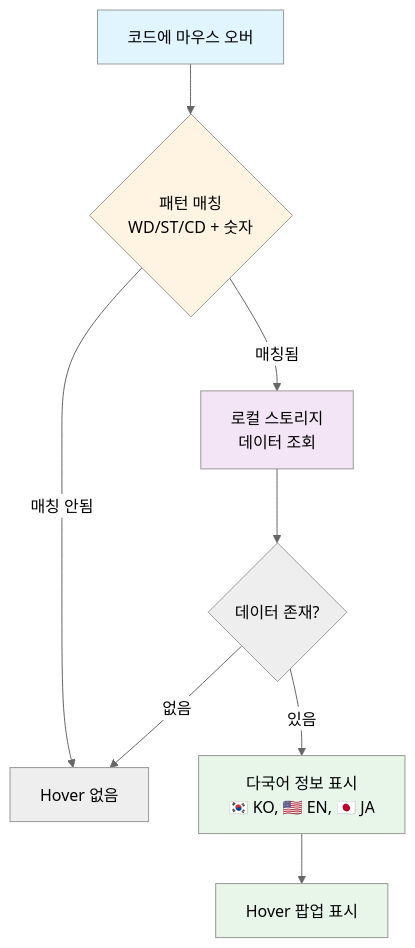
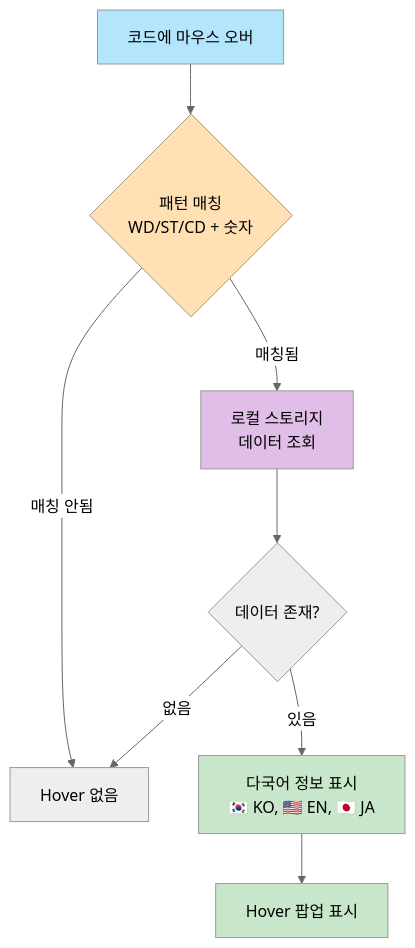
Before and after one commit to jinyDuo/sheet-global-hover-helper: the fourth of 6 diagrams in README.ko.md, drawn with Mermaid (neutral theme). The commit also changed other lines of this file and 2 other files, not shown here.

Commit message:
feat: 플로우 차트 색상 조정

````diff
--- a/README.ko.md
+++ b/README.ko.md
@@ -146,18 +146,18 @@
 ```mermaid
 flowchart TD
     A[코드에 마우스 오버] --> B{패턴 매칭<br/>WD/ST/CD + 숫자}
     B -->|매칭됨| C[로컬 스토리지<br/>데이터 조회]
     B -->|매칭 안됨| D[Hover 없음]
     
     C --> E{데이터 존재?}
     E -->|있음| F[다국어 정보 표시<br/>🇰🇷 KO, 🇺🇸 EN, 🇯🇵 JA]
     E -->|없음| D
     
     F --> G[Hover 팝업 표시]
     
-    style A fill:#e1f5ff
-    style B fill:#fff4e1
-    style C fill:#f3e5f5
-    style F fill:#e8f5e9
-    style G fill:#e8f5e9
+    style A fill:#b3e5fc,color:#000000
+    style B fill:#ffe0b2,color:#000000
+    style C fill:#e1bee7,color:#000000
+    style F fill:#c8e6c9,color:#000000
+    style G fill:#c8e6c9,color:#000000
 ```
````
